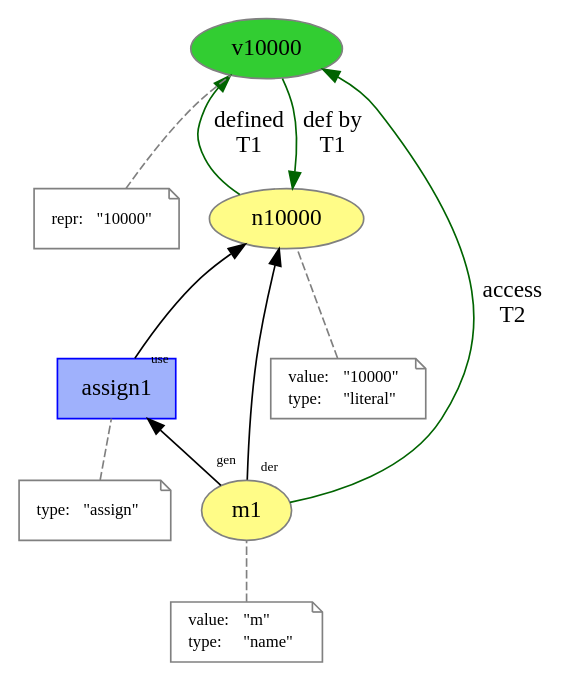
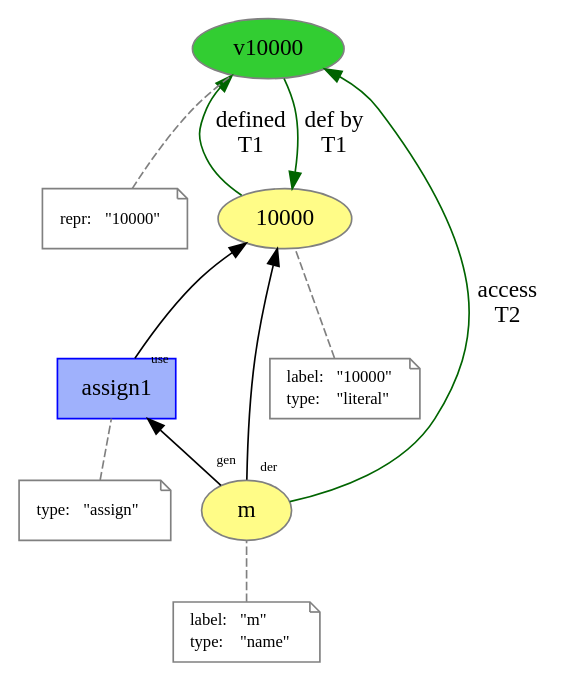
One commit to dew-uff/versioned-prov changed the diagram in mutable_prov/assign.dot. Above: the diagram before and after it, drawn with Graphviz. The commit also changed 46 other files, not shown here.

```diff
--- a/mutable_prov/assign.dot
+++ b/mutable_prov/assign.dot
@@ -1,51 +1,51 @@
 digraph "PROV" { size="16,12"; rankdir="BT";
-"http://example.org/n10000" [fillcolor="#FFFC87",color="#808080",style="filled",label="n10000",URL="http://example.org/n10000"]
+"http://example.org/10000" [fillcolor="#FFFC87",color="#808080",style="filled",label="10000",URL="http://example.org/10000"]
 "-attrs0" [color="gray",shape="note",fontsize="10",fontcolor="black",label=<<TABLE cellpadding="0" border="0">
 	<TR>
-	    <TD align="left">value:</TD>
+	    <TD align="left">label:</TD>
 	    <TD align="left">&quot;10000&quot;</TD>
 	</TR>
 	<TR>
 	    <TD align="left">type:</TD>
 	    <TD align="left">&quot;literal&quot;</TD>
 	</TR>
 </TABLE>>]
-"-attrs0" -> "http://example.org/n10000" [color="gray",style="dashed",arrowhead="none"]
+"-attrs0" -> "http://example.org/10000" [color="gray",style="dashed",arrowhead="none"]
 "http://example.org/v10000" [fillcolor="#32CD32",color="#808080",style="filled",label="v10000",URL="http://example.org/v10000"]
 "-attrs1" [color="gray",shape="note",fontsize="10",fontcolor="black",label=<<TABLE cellpadding="0" border="0">
 	<TR>
 	    <TD align="left">repr:</TD>
 	    <TD align="left">&quot;10000&quot;</TD>
 	</TR>
 </TABLE>>]
 "-attrs1" -> "http://example.org/v10000" [color="gray",style="dashed",arrowhead="none"]
-"http://example.org/n10000" -> "http://example.org/v10000" [labelfontsize="8",labeldistance="1.5",color="darkgreen",labelangle="60.0",rotation="20",label="defined
+"http://example.org/10000" -> "http://example.org/v10000" [labelfontsize="8",labeldistance="1.5",color="darkgreen",labelangle="60.0",rotation="20",label="defined
 T1"]
-"http://example.org/v10000" -> "http://example.org/n10000" [labelfontsize="8",labeldistance="1.5",color="darkgreen",labelangle="60.0",rotation="20",label="def by
+"http://example.org/v10000" -> "http://example.org/10000" [labelfontsize="8",labeldistance="1.5",color="darkgreen",labelangle="60.0",rotation="20",label="def by
 T1"]
-"http://example.org/m1" [fillcolor="#FFFC87",color="#808080",style="filled",label="m1",URL="http://example.org/m1"]
+"http://example.org/m" [fillcolor="#FFFC87",color="#808080",style="filled",label="m",URL="http://example.org/m"]
 "-attrs2" [color="gray",shape="note",fontsize="10",fontcolor="black",label=<<TABLE cellpadding="0" border="0">
 	<TR>
-	    <TD align="left">value:</TD>
+	    <TD align="left">label:</TD>
 	    <TD align="left">&quot;m&quot;</TD>
 	</TR>
 	<TR>
 	    <TD align="left">type:</TD>
 	    <TD align="left">&quot;name&quot;</TD>
 	</TR>
 </TABLE>>]
-"-attrs2" -> "http://example.org/m1" [color="gray",style="dashed",arrowhead="none"]
-"http://example.org/m1" -> "http://example.org/v10000" [labelfontsize="8",labeldistance="1.5",color="darkgreen",labelangle="60.0",rotation="20",label="access
+"-attrs2" -> "http://example.org/m" [color="gray",style="dashed",arrowhead="none"]
+"http://example.org/m" -> "http://example.org/v10000" [labelfontsize="8",labeldistance="1.5",color="darkgreen",labelangle="60.0",rotation="20",label="access
 T2"]
 "http://example.org/assign1" [fillcolor="#9FB1FC",color="#0000FF",shape="polygon",sides="4",style="filled",label="assign1",URL="http://example.org/assign1"]
 "-attrs3" [color="gray",shape="note",fontsize="10",fontcolor="black",label=<<TABLE cellpadding="0" border="0">
 	<TR>
 	    <TD align="left">type:</TD>
 	    <TD align="left">&quot;assign&quot;</TD>
 	</TR>
 </TABLE>>]
 "-attrs3" -> "http://example.org/assign1" [color="gray",style="dashed",arrowhead="none"]
-"http://example.org/assign1" -> "http://example.org/n10000" [labelfontsize="8",labeldistance="1.5",labelangle="60.0",rotation="20",taillabel="use"]
-"http://example.org/m1" -> "http://example.org/assign1" [labelfontsize="8",labeldistance="1.5",labelangle="60.0",rotation="20",taillabel="gen"]
-"http://example.org/m1" -> "http://example.org/n10000" [labelfontsize="8",labeldistance="1.5",labelangle="60.0",rotation="20",taillabel="der"]
+"http://example.org/assign1" -> "http://example.org/10000" [labelfontsize="8",labeldistance="1.5",labelangle="60.0",rotation="20",taillabel="use"]
+"http://example.org/m" -> "http://example.org/assign1" [labelfontsize="8",labeldistance="1.5",labelangle="60.0",rotation="20",taillabel="gen"]
+"http://example.org/m" -> "http://example.org/10000" [labelfontsize="8",labeldistance="1.5",labelangle="60.0",rotation="20",taillabel="der"]
 }
```
